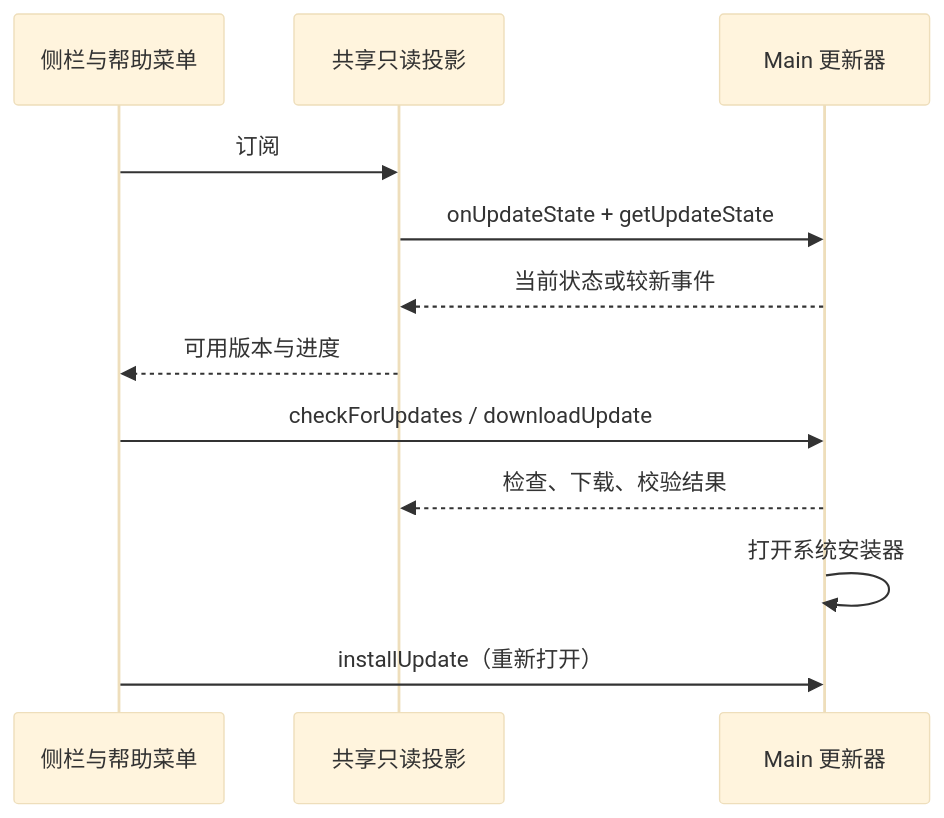
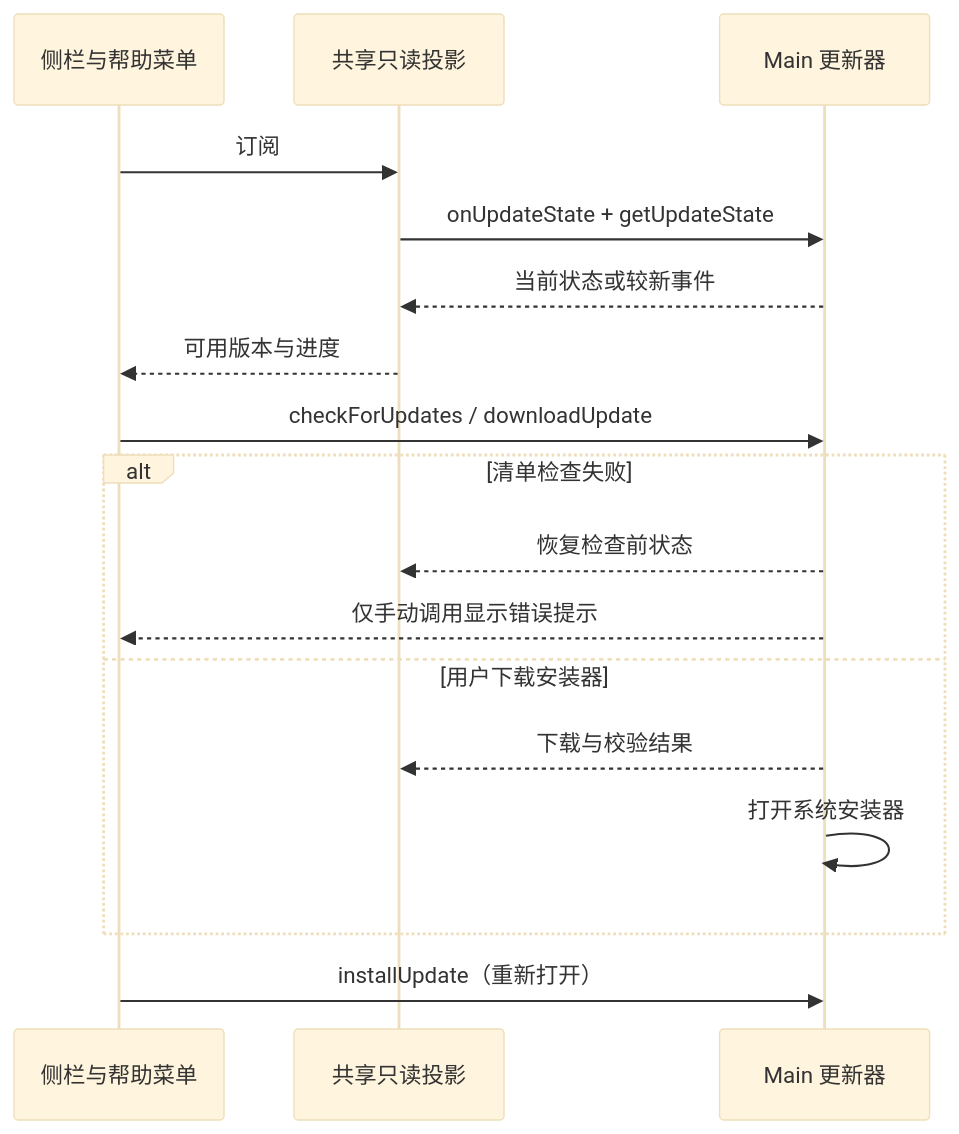
The diagram in docs/desktop/github-desktop-update-ui-spec.md (OpenX123/ZCode), drawn with Mermaid (base theme) before and after one commit. The commit also changed other lines of this file and 6 other files, not shown here.

````diff
--- a/docs/desktop/github-desktop-update-ui-spec.md
+++ b/docs/desktop/github-desktop-update-ui-spec.md
@@ -18,14 +19,19 @@
 ```mermaid
 sequenceDiagram
     participant UI as 侧栏与帮助菜单
     participant Hook as 共享只读投影
     participant Main as Main 更新器
     UI->>Hook: 订阅
     Hook->>Main: onUpdateState + getUpdateState
     Main-->>Hook: 当前状态或较新事件
     Hook-->>UI: 可用版本与进度
     UI->>Main: checkForUpdates / downloadUpdate
-    Main-->>Hook: 检查、下载、校验结果
-    Main->>Main: 打开系统安装器
+    alt 清单检查失败
+        Main-->>Hook: 恢复检查前状态
+        Main-->>UI: 仅手动调用显示错误提示
+    else 用户下载安装器
+        Main-->>Hook: 下载与校验结果
+        Main->>Main: 打开系统安装器
+    end
     UI->>Main: installUpdate（重新打开）
 ```
````
